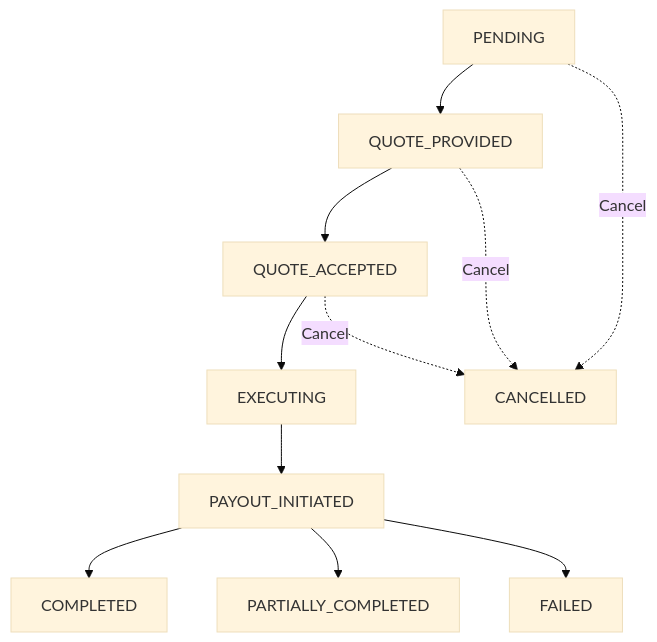
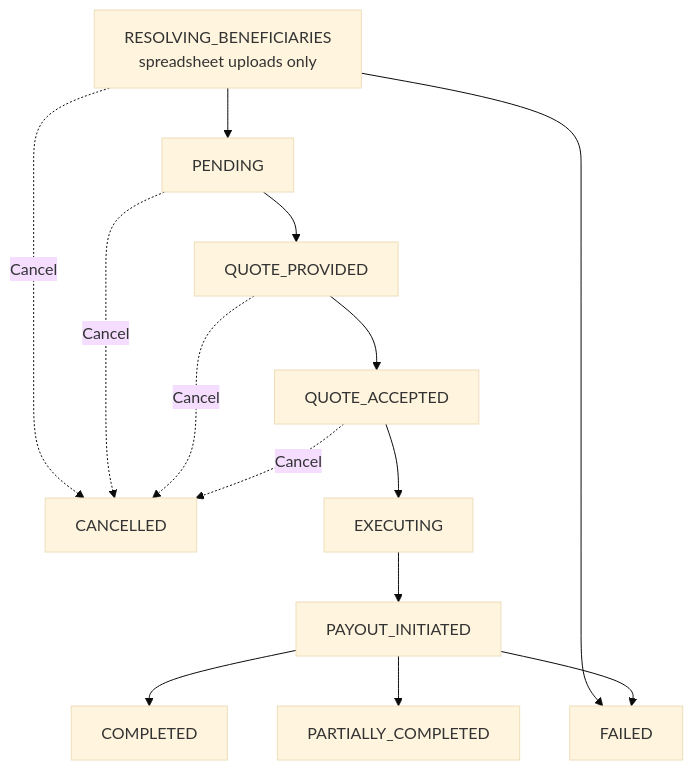
The first of 3 diagrams in payroll/endpoints/enums-and-types.md (xBaseDigital/docs), drawn with Mermaid (base theme) before and after one commit. The commit also changed other lines of this file and 47 other files, not shown here.

````diff
--- a/payroll/endpoints/enums-and-types.md
+++ b/payroll/endpoints/enums-and-types.md
@@ -41,13 +42,16 @@
 ```mermaid
 graph TD
+    R[RESOLVING_BENEFICIARIES<br/>spreadsheet uploads only] --> A
+    R --> H
+    R -.Cancel.-> I
     A[PENDING] --> B[QUOTE_PROVIDED]
     B --> C[QUOTE_ACCEPTED]
     C --> D[EXECUTING]
     D --> E[PAYOUT_INITIATED]
     E --> F[COMPLETED]
     E --> G[PARTIALLY_COMPLETED]
     E --> H[FAILED]
     A -.Cancel.-> I[CANCELLED]
     B -.Cancel.-> I
     C -.Cancel.-> I
 ```
````
